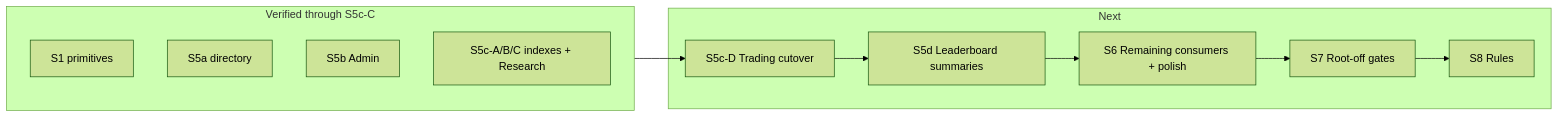
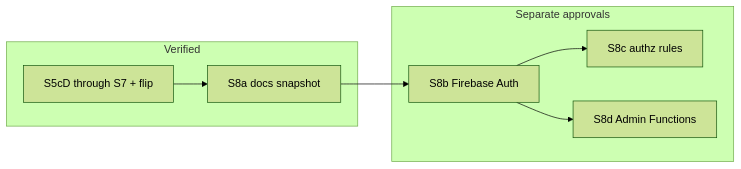
Before and after one commit to Silentra/Quantum-collectors: the diagram in docs/DATABASE_SCOPING_ROADMAP.md, drawn with Mermaid (forest theme). The commit also changed other lines of this file, not shown here.

````diff
--- a/docs/DATABASE_SCOPING_ROADMAP.md
+++ b/docs/DATABASE_SCOPING_ROADMAP.md
@@ -32,17 +64,14 @@
 ```mermaid
 flowchart LR
-  subgraph done [Verified through S5c-C]
-    S1[S1 primitives]
-    S5a[S5a directory]
-    S5b[S5b Admin]
-    S5cABC[S5c-A/B/C indexes + Research]
+  subgraph done [Verified]
+    S5to7[S5cD through S7 + flip]
+    S8a[S8a docs snapshot]
   end
-  subgraph next [Next]
-    S5cD[S5c-D Trading cutover]
-    S5d[S5d Leaderboard summaries]
-    S6[S6 Remaining consumers + polish]
-    S7[S7 Root-off gates]
-    S8[S8 Rules]
+  subgraph next [Separate approvals]
+    S8b[S8b Firebase Auth]
+    S8c[S8c authz rules]
+    S8d[S8d Admin Functions]
   end
-  done --> S5cD --> S5d --> S6 --> S7 --> S8
+  S5to7 --> S8a --> S8b --> S8c
+  S8b --> S8d
 ```
````
